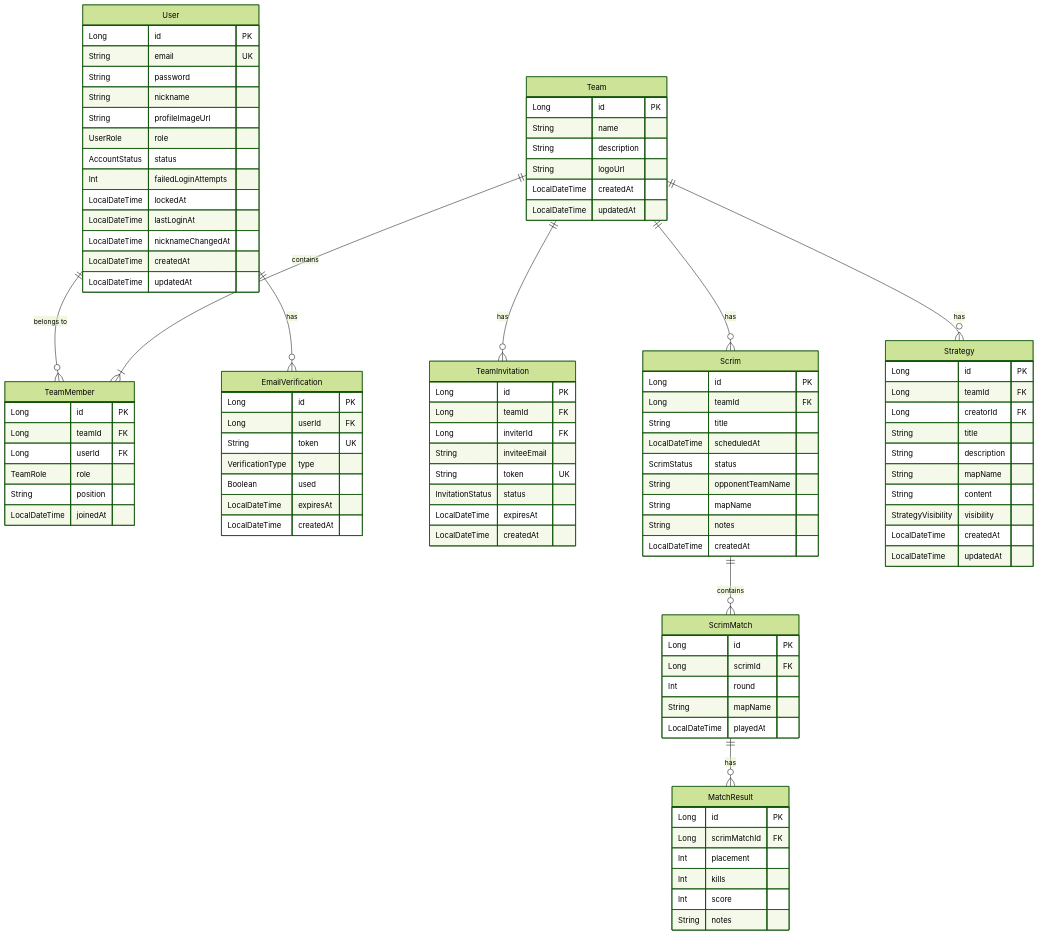
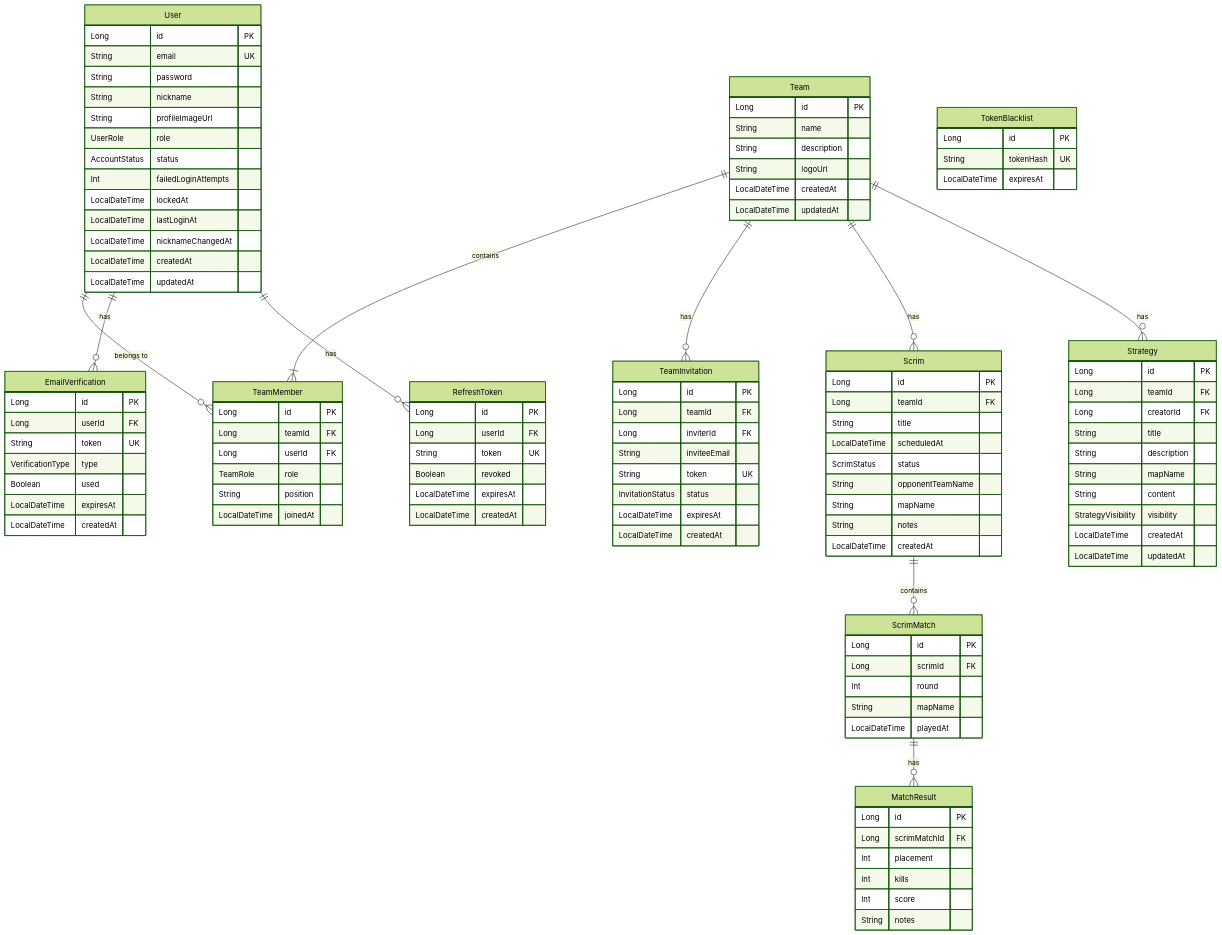
One commit to kimmyuung/lumia-ops changed the diagram in .agent/workflows/database-schema.md. Above: the diagram before and after it, drawn with Mermaid (forest theme). The commit also changed other lines of this file and 98 other files, not shown here.

```diff
--- a/.agent/workflows/database-schema.md
+++ b/.agent/workflows/database-schema.md
@@ -22,6 +22,22 @@
     Team ||--o{ Strategy : "has"
     Scrim ||--o{ ScrimMatch : "contains"
     ScrimMatch ||--o{ MatchResult : "has"
+    User ||--o{ RefreshToken : "has"
+
+    RefreshToken {
+        Long id PK
+        Long userId FK
+        String token UK
+        Boolean revoked
+        LocalDateTime expiresAt
+        LocalDateTime createdAt
+    }
+
+    TokenBlacklist {
+        Long id PK
+        String tokenHash UK
+        LocalDateTime expiresAt
+    }
 
     User {
         Long id PK
```
